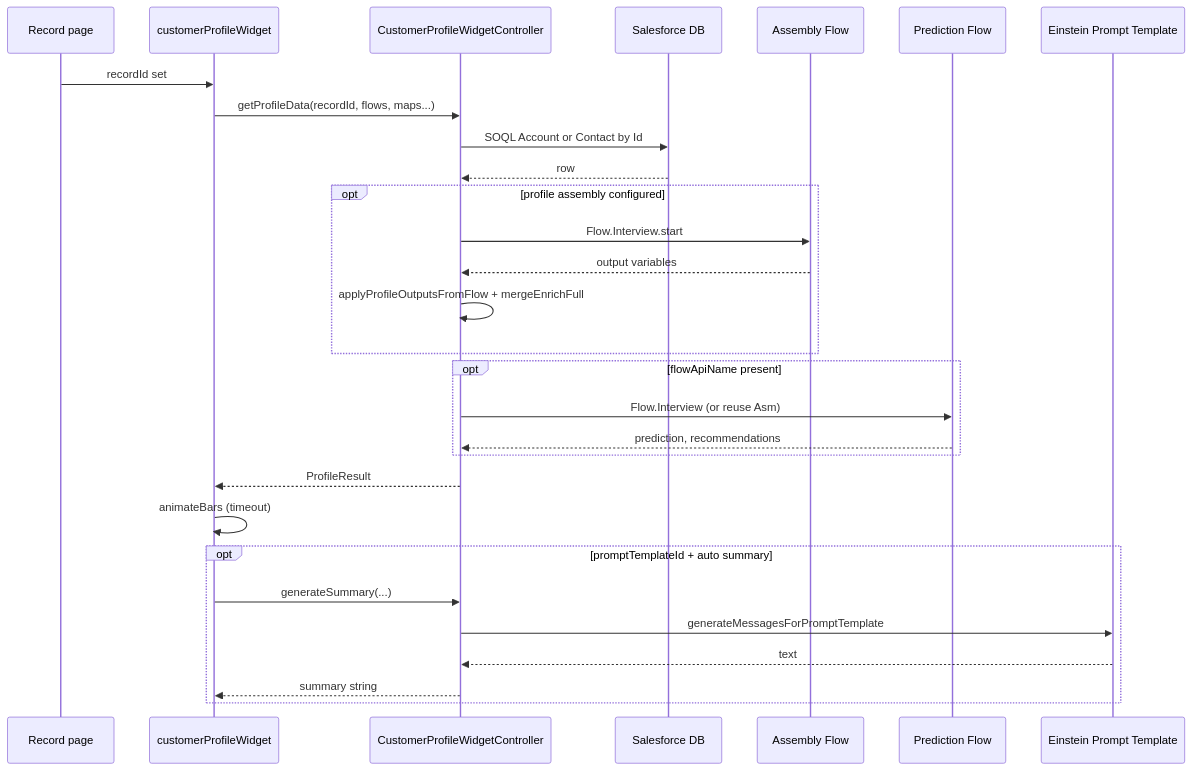
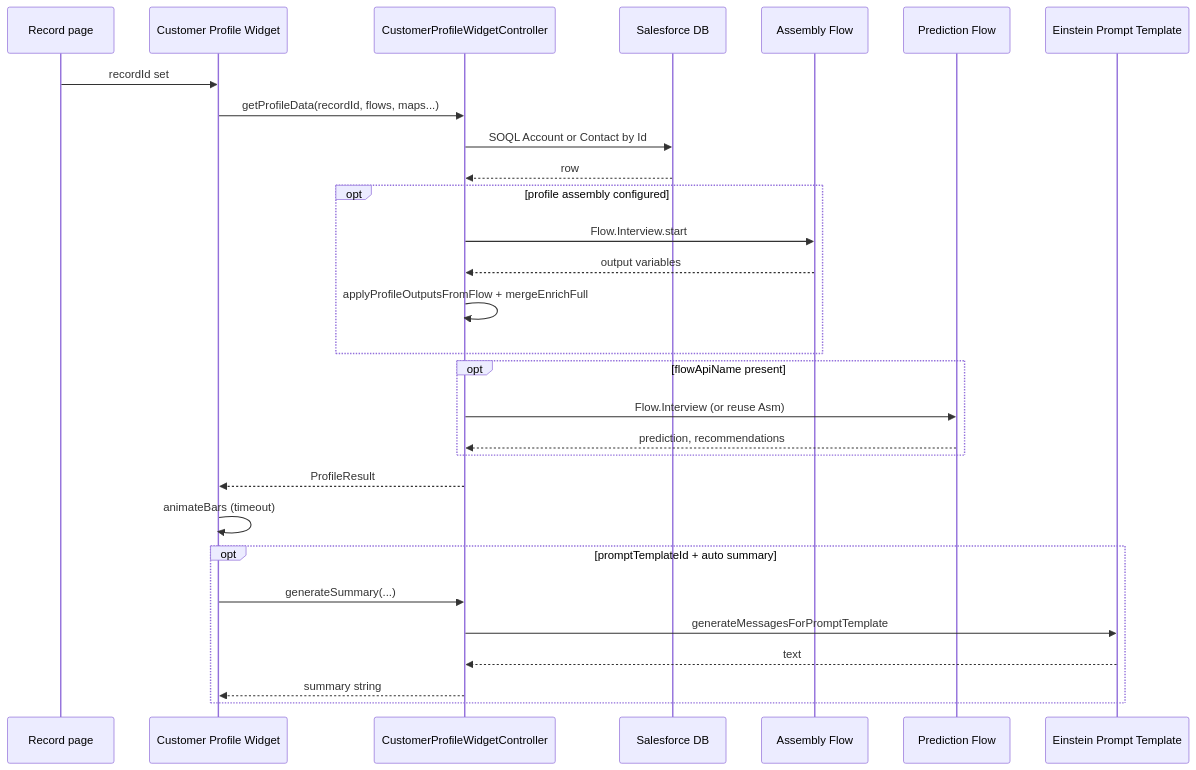
One commit to josers18/JDO changed the first of 2 diagrams in DC_PersonProfileWidget/docs/ARCHITECTURE.md. Above: the diagram before and after it, drawn with Mermaid. The commit also changed other lines of this file and 14 other files, not shown here.

First line of the commit message:
docs(DC_PersonProfileWidget): plain language for semi-technical readers

````diff
--- a/DC_PersonProfileWidget/docs/ARCHITECTURE.md
+++ b/DC_PersonProfileWidget/docs/ARCHITECTURE.md
@@ -15,32 +52,32 @@
 ```mermaid
 sequenceDiagram
     participant Page as Record page
-    participant LWC as customerProfileWidget
+    participant LWC as Customer Profile Widget
     participant Apex as CustomerProfileWidgetController
     participant DB as Salesforce DB
     participant Asm as Assembly Flow
     participant Pred as Prediction Flow
     participant E as Einstein Prompt Template
 
     Page->>LWC: recordId set
     LWC->>Apex: getProfileData(recordId, flows, maps...)
     Apex->>DB: SOQL Account or Contact by Id
     DB-->>Apex: row
     opt profile assembly configured
         Apex->>Asm: Flow.Interview.start
         Asm-->>Apex: output variables
         Apex->>Apex: applyProfileOutputsFromFlow + mergeEnrichFull
     end
     opt flowApiName present
         Apex->>Pred: Flow.Interview (or reuse Asm)
         Pred-->>Apex: prediction, recommendations
     end
     Apex-->>LWC: ProfileResult
     LWC->>LWC: animateBars (timeout)
     opt promptTemplateId + auto summary
         LWC->>Apex: generateSummary(...)
         Apex->>E: generateMessagesForPromptTemplate
         E-->>Apex: text
         Apex-->>LWC: summary string
     end
 ```
````
